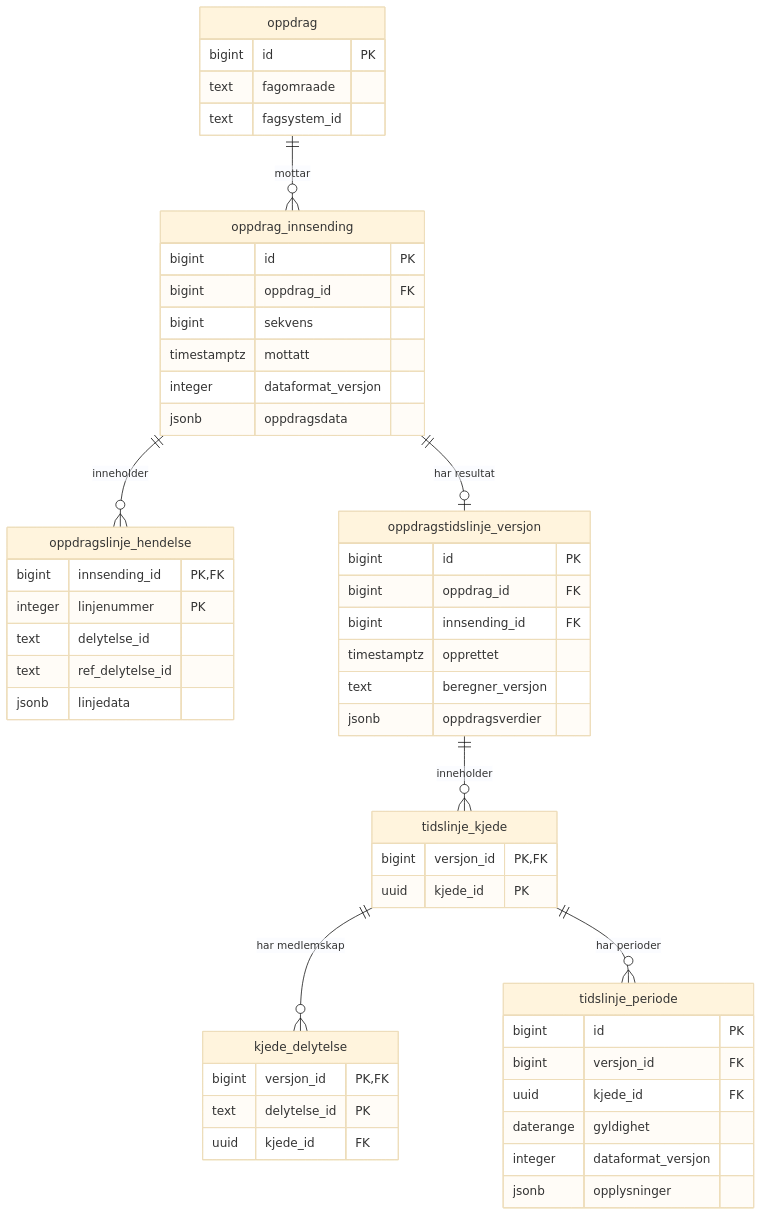
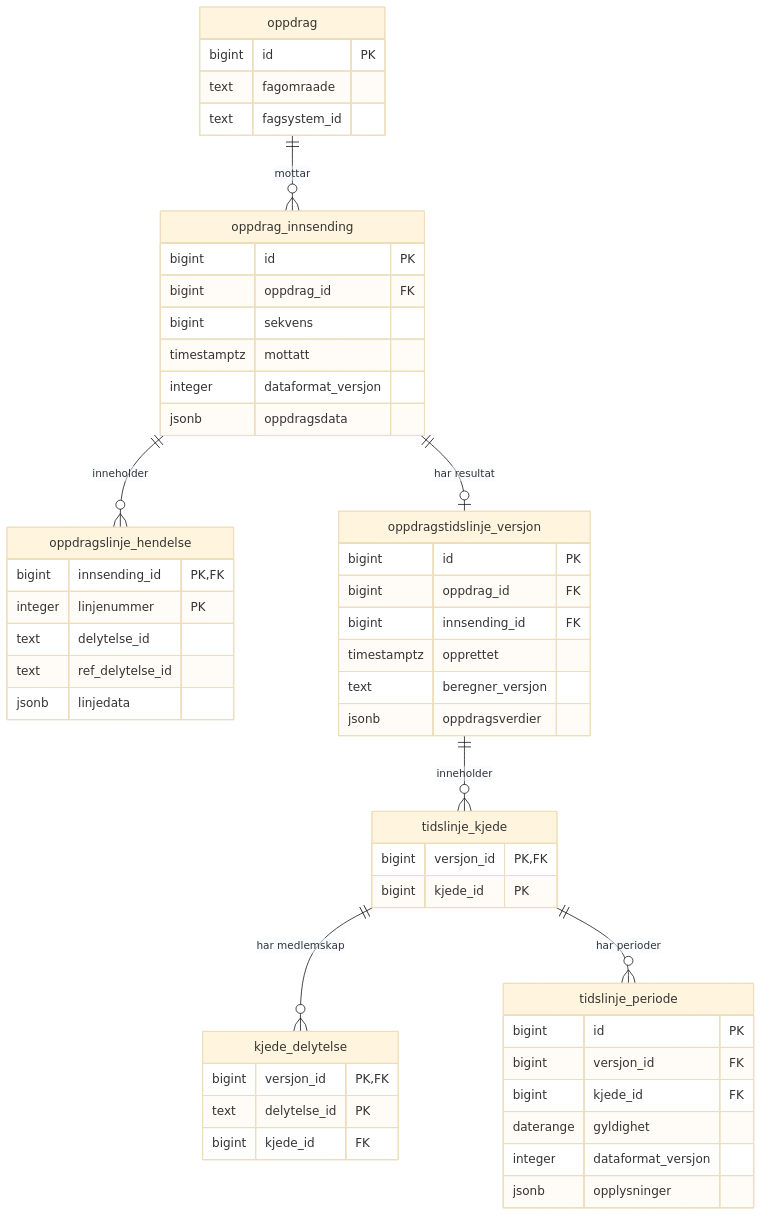
One commit to navikt/beregningsplattformen changed the second of 4 diagrams in dokumentasjon/sammenligning-databasemodeller.md. Above: the diagram before and after it, drawn with Mermaid (base theme). The commit also changed other lines of this file, not shown here.

````diff
--- a/dokumentasjon/sammenligning-databasemodeller.md
+++ b/dokumentasjon/sammenligning-databasemodeller.md
@@ -208,55 +202,55 @@
 ```mermaid
 erDiagram
     oppdrag ||--o{ oppdrag_innsending : "mottar"
     oppdrag_innsending ||--o{ oppdragslinje_hendelse : "inneholder"
     oppdrag_innsending ||--o| oppdragstidslinje_versjon : "har resultat"
     oppdragstidslinje_versjon ||--o{ tidslinje_kjede : "inneholder"
     tidslinje_kjede ||--o{ kjede_delytelse : "har medlemskap"
     tidslinje_kjede ||--o{ tidslinje_periode : "har perioder"
 
     oppdrag {
         bigint id PK
         text fagomraade
         text fagsystem_id
     }
     oppdrag_innsending {
         bigint id PK
         bigint oppdrag_id FK
         bigint sekvens
         timestamptz mottatt
         integer dataformat_versjon
         jsonb oppdragsdata
     }
     oppdragslinje_hendelse {
         bigint innsending_id PK, FK
         integer linjenummer PK
         text delytelse_id
         text ref_delytelse_id
         jsonb linjedata
     }
     oppdragstidslinje_versjon {
         bigint id PK
         bigint oppdrag_id FK
         bigint innsending_id FK
         timestamptz opprettet
         text beregner_versjon
         jsonb oppdragsverdier
     }
     tidslinje_kjede {
         bigint versjon_id PK, FK
-        uuid kjede_id PK
+        bigint kjede_id PK
     }
     kjede_delytelse {
         bigint versjon_id PK, FK
         text delytelse_id PK
-        uuid kjede_id FK
+        bigint kjede_id FK
     }
     tidslinje_periode {
         bigint id PK
         bigint versjon_id FK
-        uuid kjede_id FK
+        bigint kjede_id FK
         daterange gyldighet
         integer dataformat_versjon
         jsonb opplysninger
     }
 ```
````
